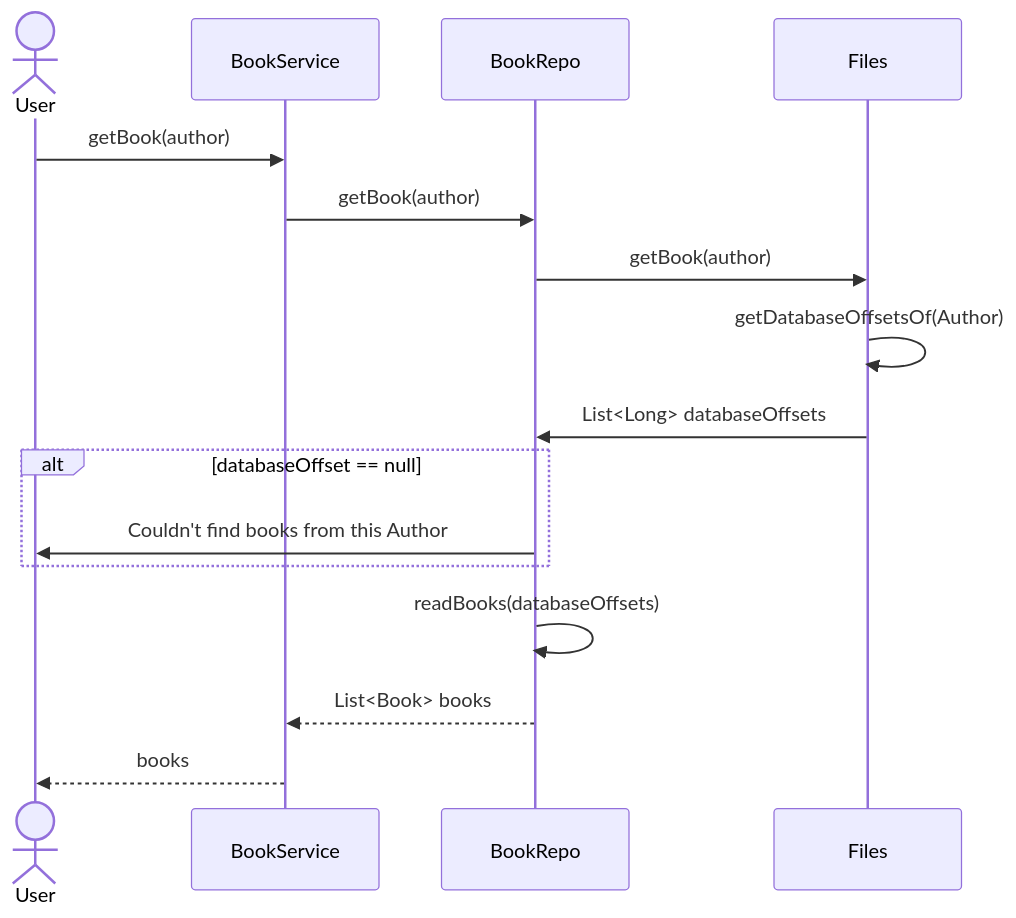
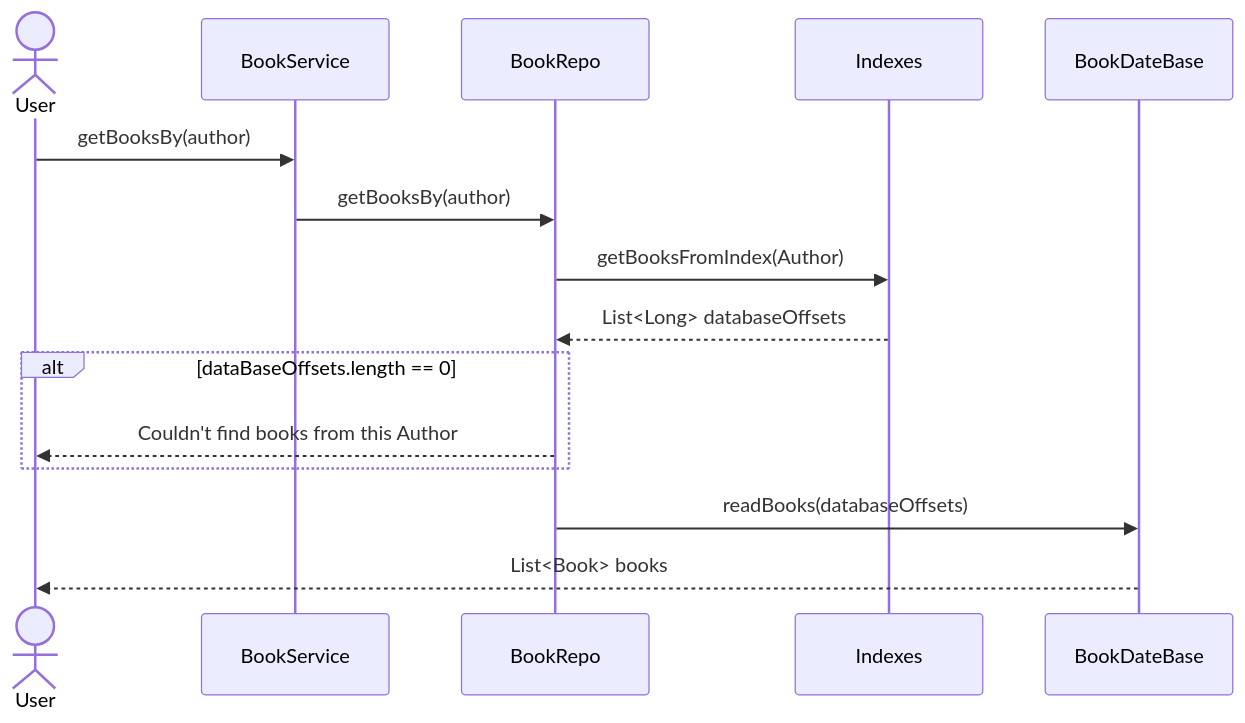
The fourth of 7 diagrams in docs/high_level_architecture.md (Apameus/Bookly), drawn with Mermaid before and after one commit. The commit also changed other lines of this file and 1 other file, not shown here.

````diff
--- a/docs/high_level_architecture.md
+++ b/docs/high_level_architecture.md
@@ -48,19 +50,18 @@
 ```mermaid
 sequenceDiagram
     actor U as User
     participant BS as BookService
     participant BR as BookRepo
-    participant F as Files
-    U ->> BS: getBook(author)
-    BS ->> BR: getBook(author)
-    BR ->> F: getBook(author)
-    F ->> F: getDatabaseOffsetsOf(Author)
-    F ->> BR: List<Long> databaseOffsets
-    alt databaseOffset == null
-        BR ->> U: Couldn't find books from this Author    
-    end
-    BR ->> BR: readBooks(databaseOffsets)
-    BR -->> BS: List<Book> books
-    BS -->> U: books
+    participant I as Indexes
+    participant DB as BookDateBase
+    U ->> BS: getBooksBy(author)
+    BS ->> BR: getBooksBy(author)
+    BR->> I: getBooksFromIndex(Author)
+    I -->> BR: List<Long> databaseOffsets
+        alt dataBaseOffsets.length == 0
+            BR -->> U: Couldn't find books from this Author
+        end
+    BR ->> DB: readBooks(databaseOffsets)
+    DB -->> U: List<Book> books
 
 ```
````
